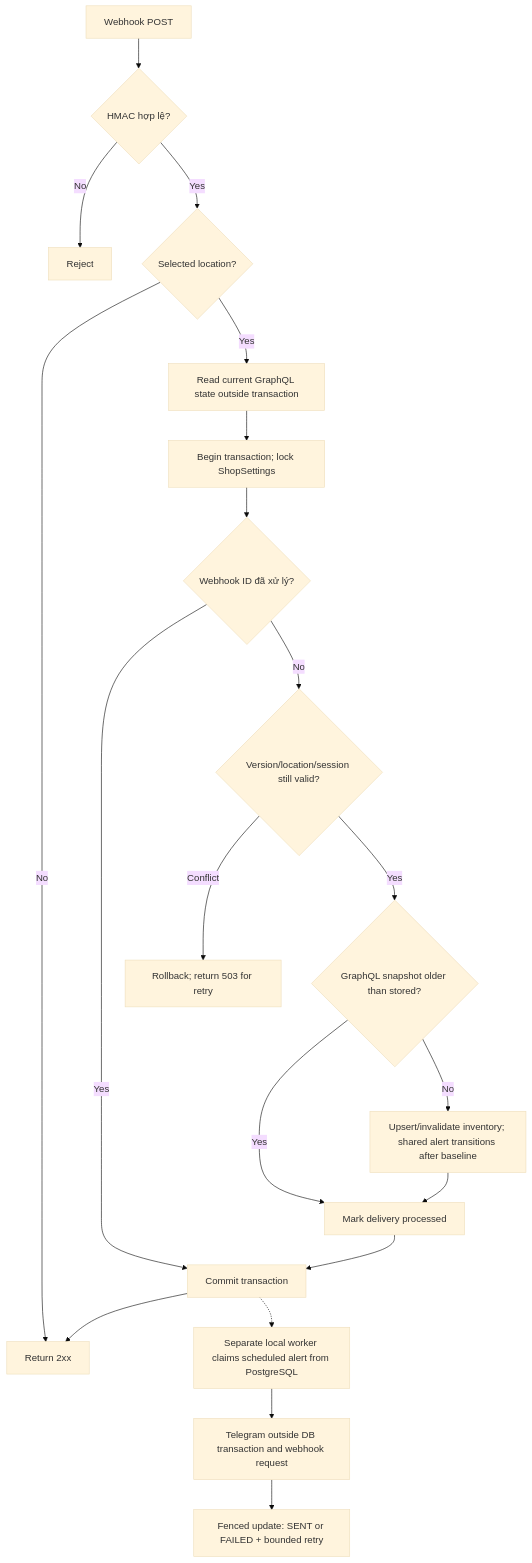
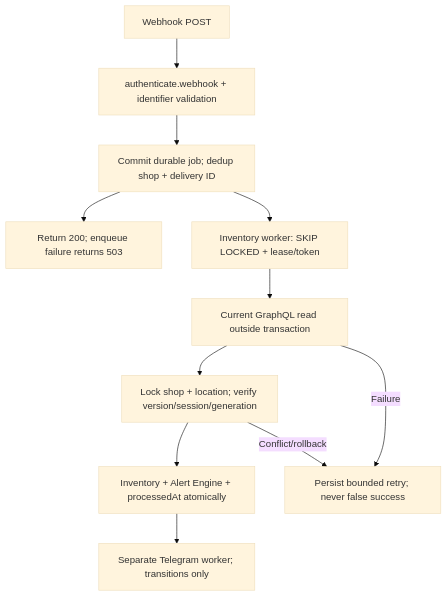
The fourth of 4 diagrams in docs/ARCHITECTURE.md (NgnTienDat/stock-notifier), drawn with Mermaid (base theme) before and after one commit. The commit also changed other lines of this file and 30 other files, not shown here.

Commit message:
feat(inventory): add multi-location webhooks and lifecycle handling

````diff
--- a/docs/ARCHITECTURE.md
+++ b/docs/ARCHITECTURE.md
@@ -131,22 +135,13 @@
 ```mermaid
 flowchart TD
-    A["Webhook POST"] --> B{"HMAC hợp lệ?"}
-    B -->|No| R["Reject"]
-    B -->|Yes| C{"Selected location?"}
-    C -->|No| OK["Return 2xx"]
-    C -->|Yes| READ["Read current GraphQL state outside transaction"]
-    READ --> D["Begin transaction; lock ShopSettings"]
-    D --> E{"Webhook ID đã xử lý?"}
-    E -->|Yes| I
-    E -->|No| V{"Version/location/session still valid?"}
-    V -->|Conflict| RETRY["Rollback; return 503 for retry"]
-    V -->|Yes| F{"GraphQL snapshot older than stored?"}
-    F -->|Yes| G["Mark delivery processed"]
-    F -->|No| H["Upsert/invalidate inventory; shared alert transitions after baseline"]
-    H --> G
-    G --> I["Commit transaction"]
-    I --> OK
-    I -.-> WORKER["Separate local worker claims scheduled alert from PostgreSQL"]
-    WORKER --> K["Telegram outside DB transaction and webhook request"]
-    K --> L["Fenced update: SENT or FAILED + bounded retry"]
+    POST["Webhook POST"] --> AUTH["authenticate.webhook + identifier validation"]
+    AUTH --> ENQUEUE["Commit durable job; dedup shop + delivery ID"]
+    ENQUEUE --> ACK["Return 200; enqueue failure returns 503"]
+    ENQUEUE --> CLAIM["Inventory worker: SKIP LOCKED + lease/token"]
+    CLAIM --> API["Current GraphQL read outside transaction"]
+    API --> COMMIT["Lock shop + location; verify version/session/generation"]
+    COMMIT --> WRITE["Inventory + Alert Engine + processedAt atomically"]
+    API -->|"Failure"| RETRY["Persist bounded retry; never false success"]
+    COMMIT -->|"Conflict/rollback"| RETRY
+    WRITE --> TELEGRAM["Separate Telegram worker; transitions only"]
 ```
````
